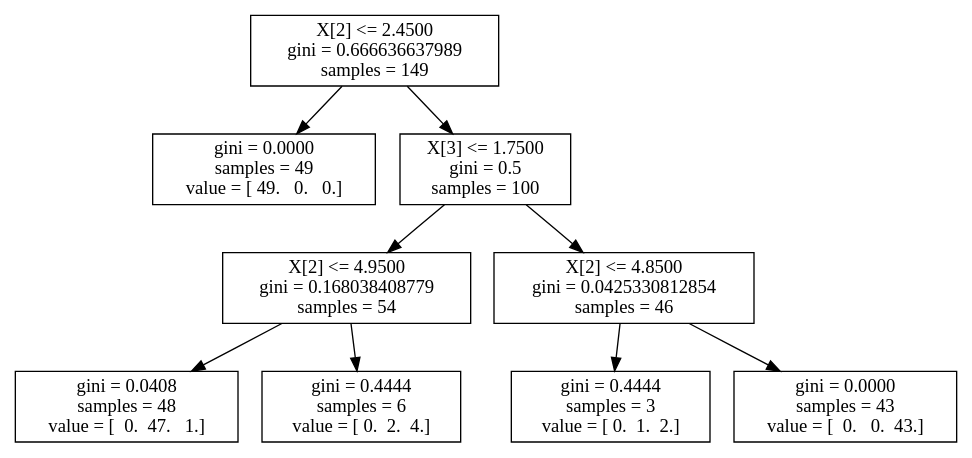
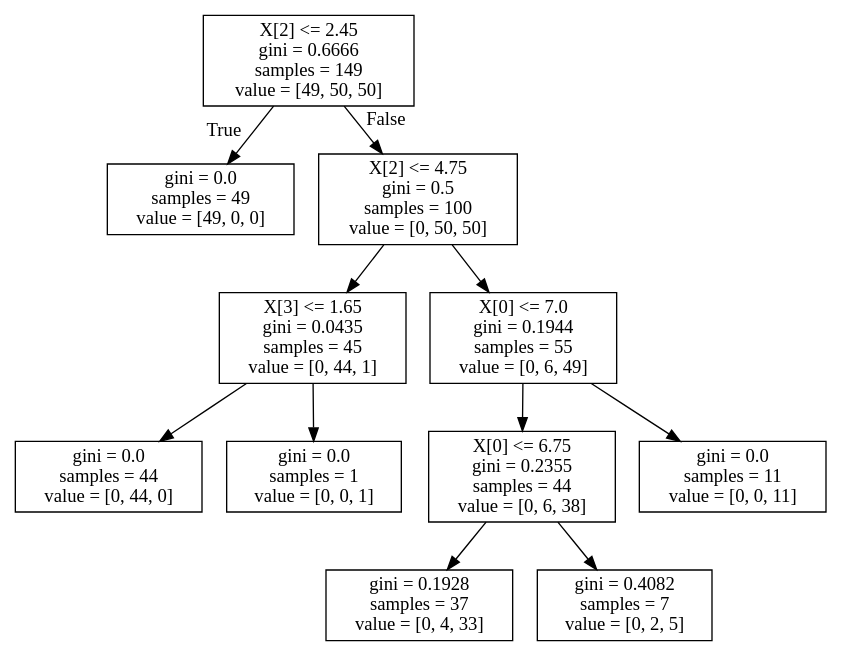
Before and after one commit to jgzuke/MLPractice: the diagram in ExampleProjects/example-data-science-notebook/iris_dtc.dot, drawn with Graphviz. The commit also changed 1 other file, not shown here.

```diff
--- a/ExampleProjects/example-data-science-notebook/iris_dtc.dot
+++ b/ExampleProjects/example-data-science-notebook/iris_dtc.dot
@@ -1,19 +1,24 @@
 digraph Tree {
-0 [label="X[2] <= 2.4500\ngini = 0.666636637989\nsamples = 149", shape="box"] ;
-1 [label="gini = 0.0000\nsamples = 49\nvalue = [ 49.   0.   0.]", shape="box"] ;
-0 -> 1 ;
-2 [label="X[3] <= 1.7500\ngini = 0.5\nsamples = 100", shape="box"] ;
-0 -> 2 ;
-3 [label="X[2] <= 4.9500\ngini = 0.168038408779\nsamples = 54", shape="box"] ;
+node [shape=box] ;
+0 [label="X[2] <= 2.45\ngini = 0.6666\nsamples = 149\nvalue = [49, 50, 50]"] ;
+1 [label="gini = 0.0\nsamples = 49\nvalue = [49, 0, 0]"] ;
+0 -> 1 [labeldistance=2.5, labelangle=45, headlabel="True"] ;
+2 [label="X[2] <= 4.75\ngini = 0.5\nsamples = 100\nvalue = [0, 50, 50]"] ;
+0 -> 2 [labeldistance=2.5, labelangle=-45, headlabel="False"] ;
+3 [label="X[3] <= 1.65\ngini = 0.0435\nsamples = 45\nvalue = [0, 44, 1]"] ;
 2 -> 3 ;
-4 [label="gini = 0.0408\nsamples = 48\nvalue = [  0.  47.   1.]", shape="box"] ;
+4 [label="gini = 0.0\nsamples = 44\nvalue = [0, 44, 0]"] ;
 3 -> 4 ;
-5 [label="gini = 0.4444\nsamples = 6\nvalue = [ 0.  2.  4.]", shape="box"] ;
+5 [label="gini = 0.0\nsamples = 1\nvalue = [0, 0, 1]"] ;
 3 -> 5 ;
-6 [label="X[2] <= 4.8500\ngini = 0.0425330812854\nsamples = 46", shape="box"] ;
+6 [label="X[0] <= 7.0\ngini = 0.1944\nsamples = 55\nvalue = [0, 6, 49]"] ;
 2 -> 6 ;
-7 [label="gini = 0.4444\nsamples = 3\nvalue = [ 0.  1.  2.]", shape="box"] ;
+7 [label="X[0] <= 6.75\ngini = 0.2355\nsamples = 44\nvalue = [0, 6, 38]"] ;
 6 -> 7 ;
-8 [label="gini = 0.0000\nsamples = 43\nvalue = [  0.   0.  43.]", shape="box"] ;
-6 -> 8 ;
+8 [label="gini = 0.1928\nsamples = 37\nvalue = [0, 4, 33]"] ;
+7 -> 8 ;
+9 [label="gini = 0.4082\nsamples = 7\nvalue = [0, 2, 5]"] ;
+7 -> 9 ;
+10 [label="gini = 0.0\nsamples = 11\nvalue = [0, 0, 11]"] ;
+6 -> 10 ;
 }
```
